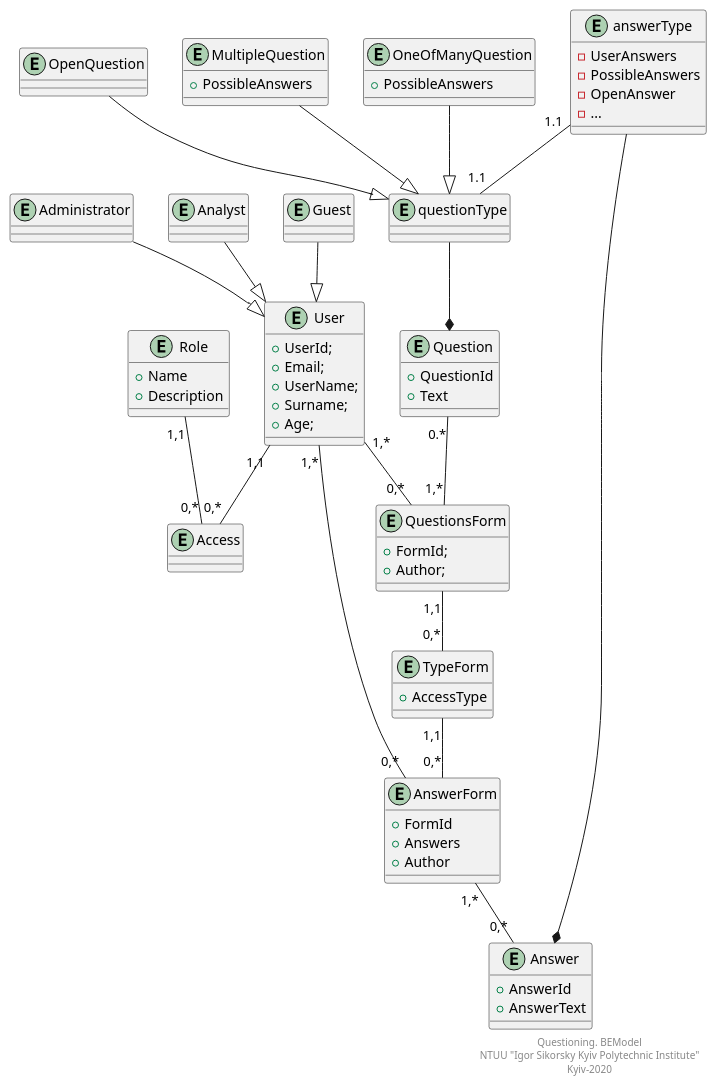
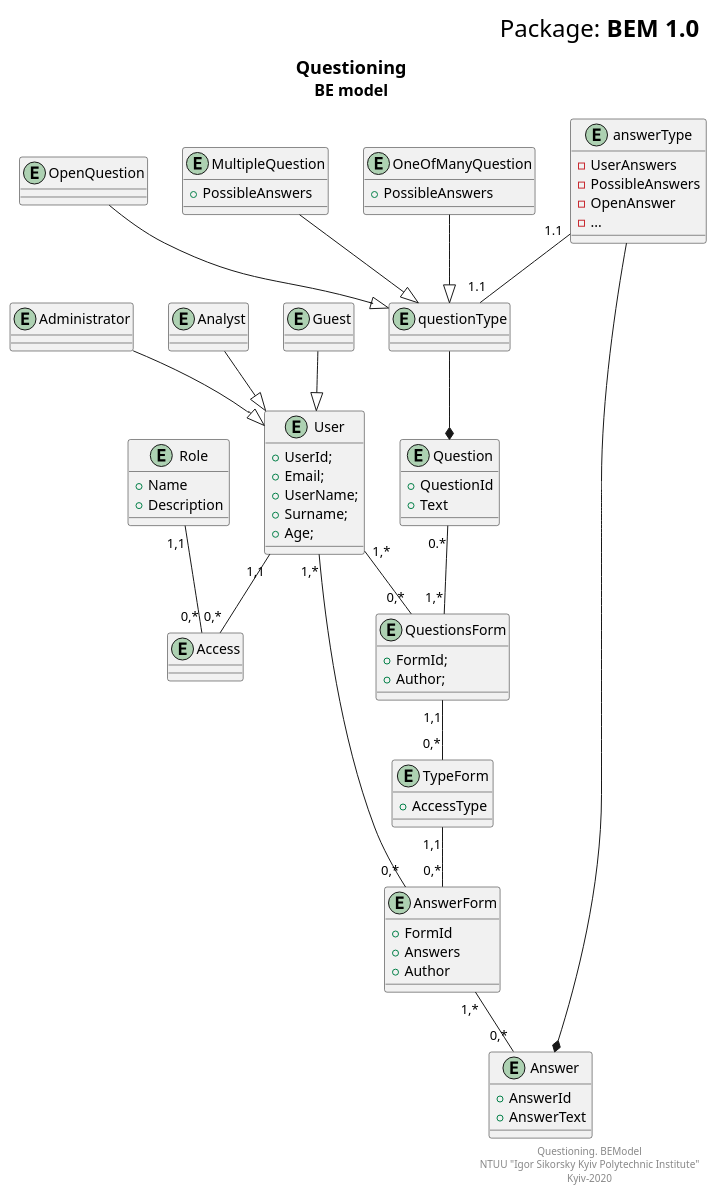
The diagram in Information/Diagrams/BEM+ERM/bem.pu (teramont/databaseQuestioning), drawn with PlantUML before and after one commit.

```diff
--- a/Information/Diagrams/BEM+ERM/bem.pu
+++ b/Information/Diagrams/BEM+ERM/bem.pu
@@ -1,109 +1,116 @@
 @startuml
+right header
+<font size=24 color=black>Package: <b>BEM 1.0
+end header
+
+title
+<font size=18 color=black>Questioning
+<font size=16 color=black>BE model
+end title
+
 
 entity User {
     + UserId;
     + Email;
     + UserName;
     + Surname;
     + Age;
 }
 
 entity Administrator
 entity Analyst
 entity Guest
 
 entity Access
 entity Role {
  + Name
  + Description
 }
 
 Role "1,1"--"0,*" Access
 
 User "1,1"--"0,*" Access
 
 Administrator --|> User
 Analyst --|> User
 Guest --|> User
 
 
 
 entity QuestionsForm{
  + FormId;
  + Author;
 }
 
 entity TypeForm {
  + AccessType
 }
-
-
 
 
 
 entity Question {
 + QuestionId
 + Text
 }
 
 entity questionType
 
 entity OneOfManyQuestion {
 + PossibleAnswers
 }
 
 entity OpenQuestion 
 
 entity MultipleQuestion {
 + PossibleAnswers
 }
 
 MultipleQuestion --|> questionType
 OpenQuestion --|> questionType
 OneOfManyQuestion --|> questionType
 
 questionType --* Question
 
 
 Question  "0.*"--"1,*" QuestionsForm
 QuestionsForm "1,1"--"0,*" TypeForm
 
 
 entity AnswerForm {
  + FormId
  + Answers
  + Author
 }
 
 
 
 entity Answer {
  + AnswerId
  + AnswerText
 }
 
 entity answerType{
  - UserAnswers
  - PossibleAnswers 
  - OpenAnswer 
  - ...
 }
 
 answerType "1.1"--"1.1" questionType
 TypeForm "1,1"--"0,*" AnswerForm
 
 answerType --* Answer
 
 AnswerForm "1,*"--"0,*" Answer
 
 
 
 User "1,*"--"0,*" AnswerForm
 User "1,*"--"0,*" QuestionsForm
 
 right footer
 Questioning. BEModel
 NTUU "Igor Sikorsky Kyiv Polytechnic Institute"
 Kyiv-2020
 end footer
 @enduml
```
